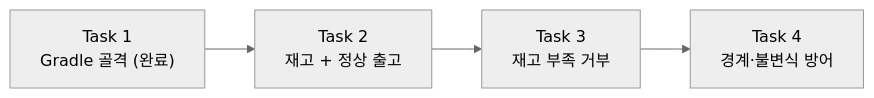
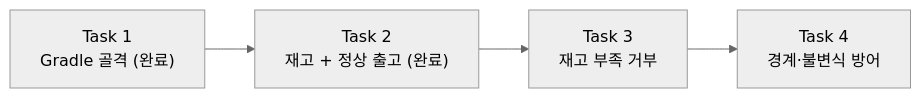
Before and after one commit to JuJin1324/assignment-inventory-management: the diagram in docs/epics/outbound/3-plan/story1/tasks.md, drawn with Mermaid (neutral theme). The commit also changed other lines of this file and 7 other files, not shown here.

````diff
--- a/docs/epics/outbound/3-plan/story1/tasks.md
+++ b/docs/epics/outbound/3-plan/story1/tasks.md
@@ -7,8 +7,8 @@
 ```mermaid
 graph LR
     T1["Task 1<br/>Gradle 골격 (완료)"]
-    T2["Task 2<br/>재고 + 정상 출고"]
+    T2["Task 2<br/>재고 + 정상 출고 (완료)"]
     T3["Task 3<br/>재고 부족 거부"]
     T4["Task 4<br/>경계·불변식 방어"]
     T1 --> T2 --> T3 --> T4
 ```
````
